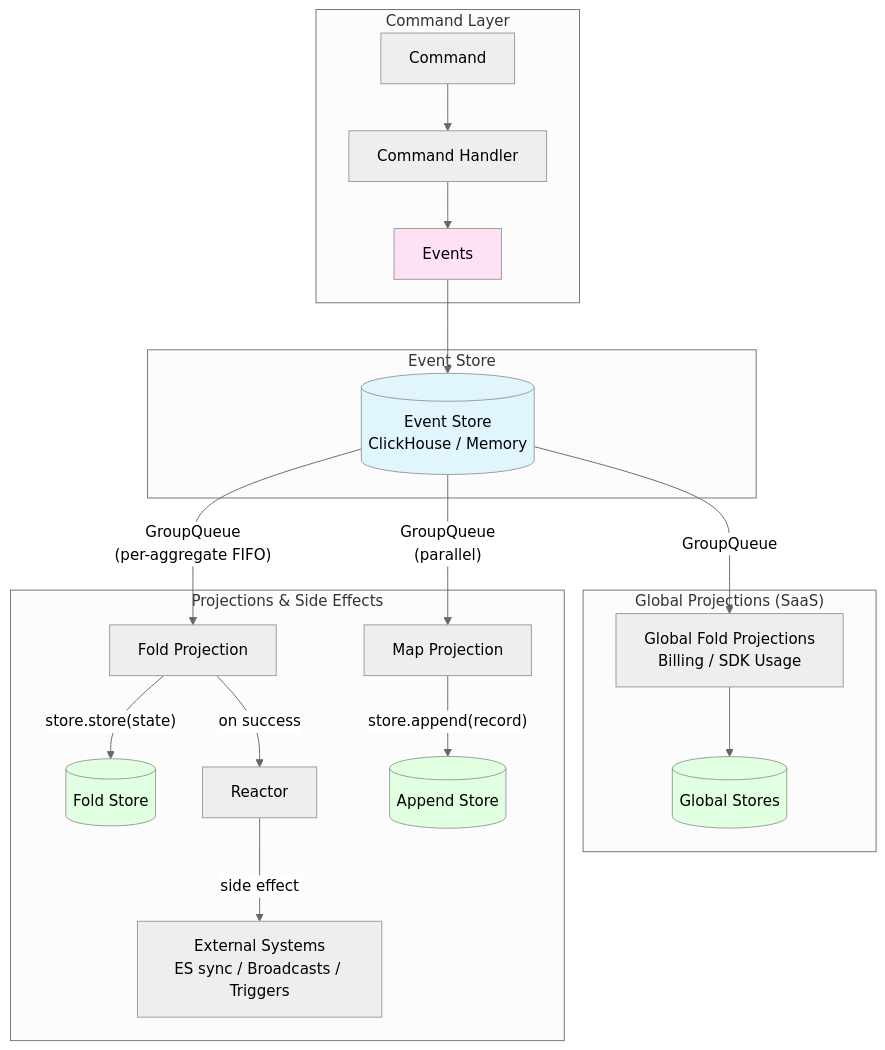
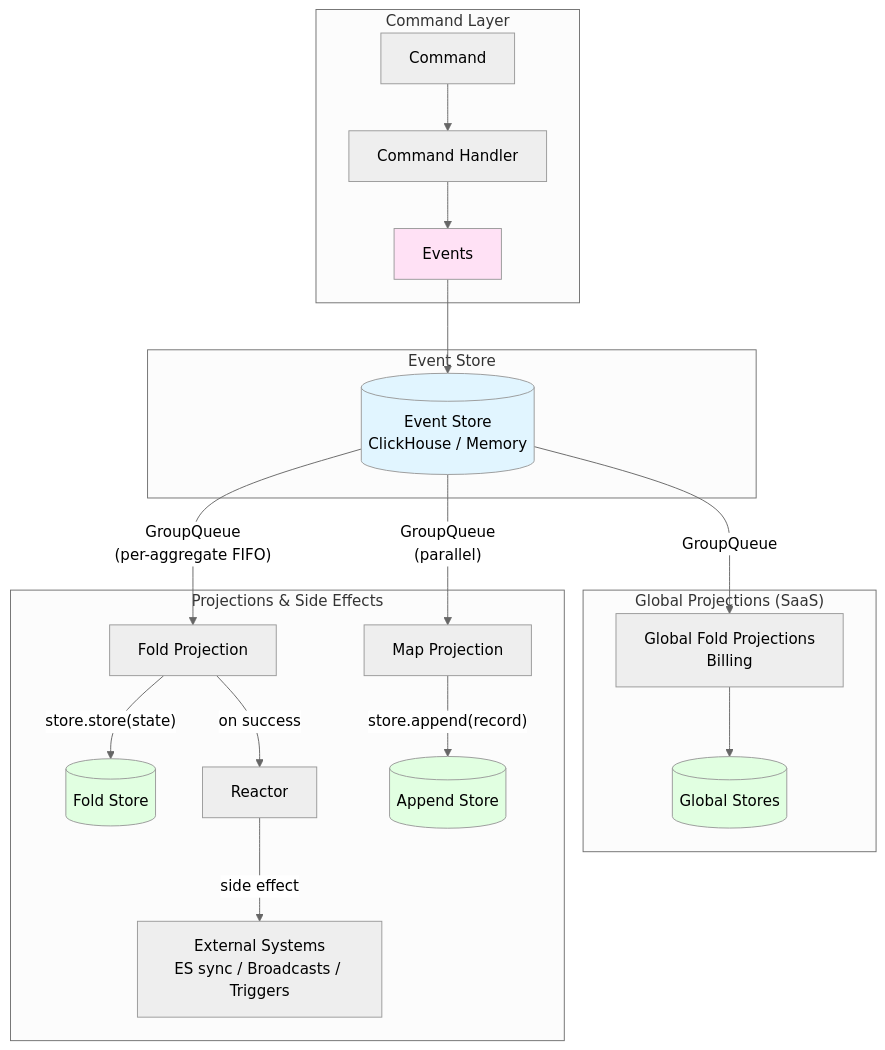
The diagram in langwatch/src/server/event-sourcing/ARCHITECTURE.md (langwatch/langwatch), drawn with Mermaid (neutral theme) before and after one commit. The commit also changed other lines of this file and 58 other files, not shown here.

````diff
--- a/langwatch/src/server/event-sourcing/ARCHITECTURE.md
+++ b/langwatch/src/server/event-sourcing/ARCHITECTURE.md
@@ -84,31 +84,31 @@
 ```mermaid
 graph TB
     subgraph "Command Layer"
         CMD[Command] --> CH[Command Handler]
         CH --> EVT[Events]
     end
 
     subgraph "Event Store"
         EVT --> ES[(Event Store<br/>ClickHouse / Memory)]
     end
 
     subgraph "Projections & Side Effects"
         ES --> |"GroupQueue<br/>(per-aggregate FIFO)"| FP[Fold Projection]
         ES --> |"GroupQueue<br/>(parallel)"| MP[Map Projection]
         FP --> |"store.store(state)"| FS[(Fold Store)]
         MP --> |"store.append(record)"| AS[(Append Store)]
         FP --> |"on success"| R[Reactor]
         R --> |"side effect"| EXT[External Systems<br/>ES sync / Broadcasts / Triggers]
     end
 
     subgraph "Global Projections (SaaS)"
-        ES --> |"GroupQueue"| GP[Global Fold Projections<br/>Billing / SDK Usage]
+        ES --> |"GroupQueue"| GP[Global Fold Projections<br/>Billing]
         GP --> GPS[(Global Stores)]
     end
 
     style ES fill:#e1f5ff
     style FS fill:#e1ffe1
     style AS fill:#e1ffe1
     style GPS fill:#e1ffe1
     style EVT fill:#ffe1f5
 ```
````
